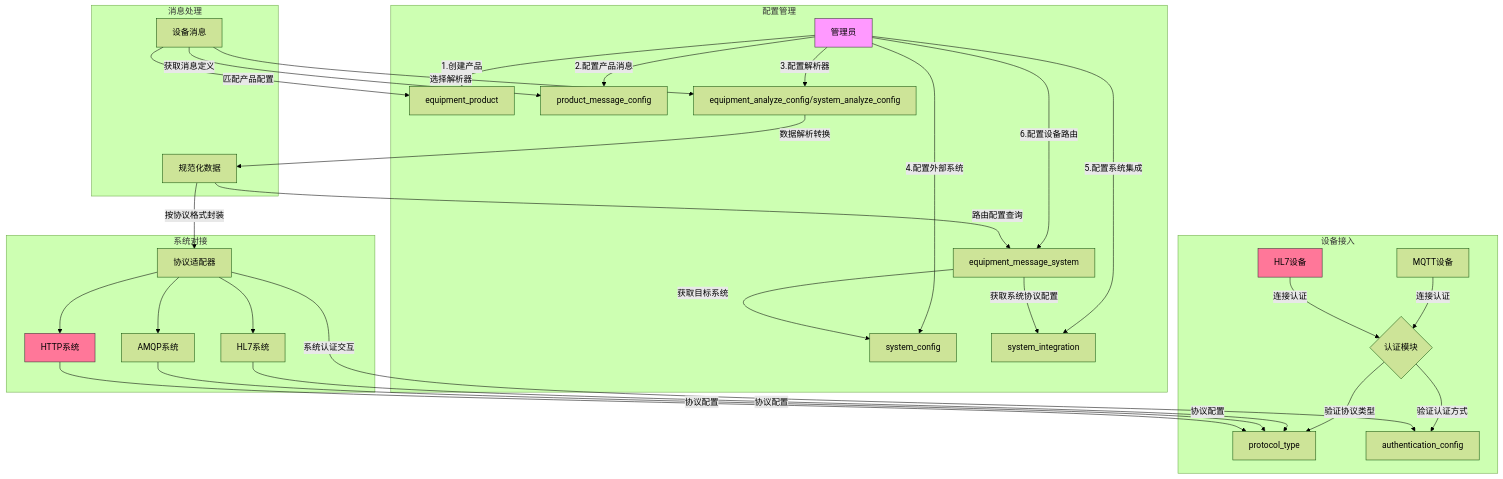
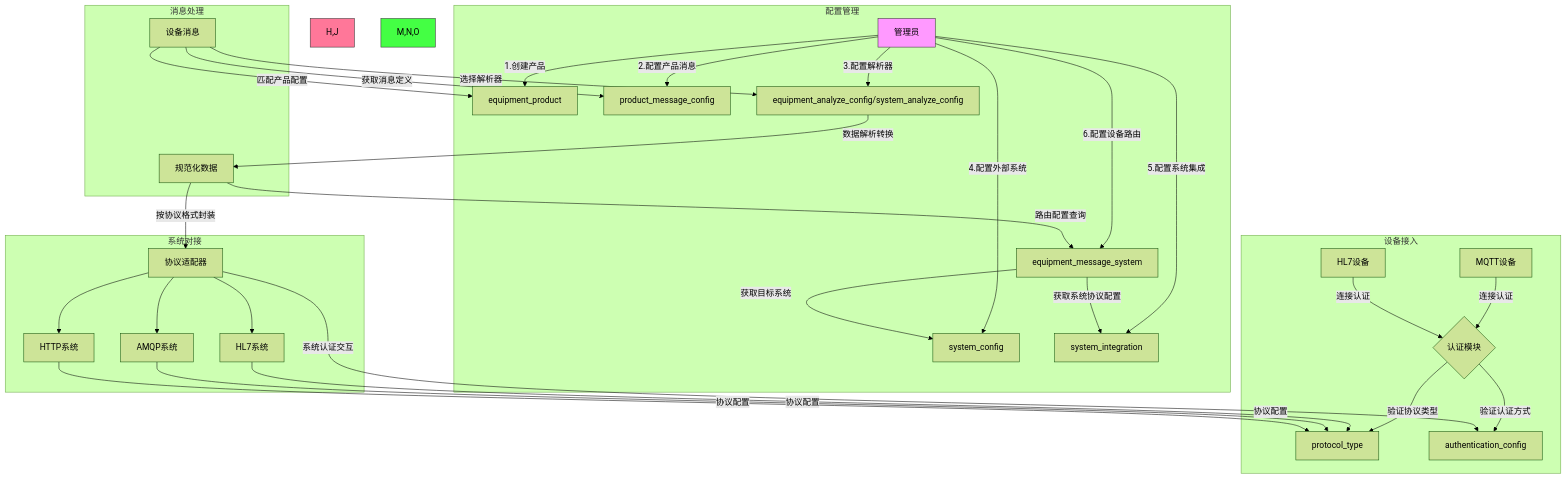
The diagram in all/未命名-6.md (fuyong859050943/iodraw-files), drawn with Mermaid (forest theme) before and after one commit.

Commit message:
2025-02-25 19:43:00 update

````diff
--- a/all/未命名-6.md
+++ b/all/未命名-6.md
@@ -1,43 +1,43 @@
 ```mermaid
 flowchart TD
     subgraph 配置管理
         A[管理员] -->|1.创建产品| B[equipment_product]
         A -->|2.配置产品消息| C[product_message_config]
         A -->|3.配置解析器| D[equipment_analyze_config/system_analyze_config]
         A -->|4.配置外部系统| E[system_config]
         A -->|5.配置系统集成| F[system_integration]
         A -->|6.配置设备路由| G[equipment_message_system]
     end
     
     subgraph 设备接入
         H[MQTT设备] -->|连接认证| I{认证模块}
         J[HL7设备] -->|连接认证| I
         I -->|验证协议类型| protocol_type
         I -->|验证认证方式| authentication_config
     end
     
     subgraph 消息处理
         K[设备消息] -->|匹配产品配置| B
         K -->|获取消息定义| C
         K -->|选择解析器| D
         D -->|数据解析转换| L[规范化数据]
         L -->|路由配置查询| G
         G -->|获取目标系统| E
         G -->|获取系统协议配置| F
     end
     
     subgraph 系统对接
         M[HL7系统] -->|协议配置| protocol_type
         N[AMQP系统] -->|协议配置| protocol_type
         O[HTTP系统] -->|协议配置| protocol_type
         L -->|按协议格式封装| P[协议适配器]
         P -->|系统认证交互| authentication_config
         P --> M
         P --> N
         P --> O
     end
     
     style A fill:#f9f,stroke:#333
-    style J fill:#f79,stroke:#333
-    style O fill:#f79,stroke:#333
+    style H,J fill:#f79,stroke:#333
+    style M,N,O fill:#4f4,stroke:#333
 ```
````
